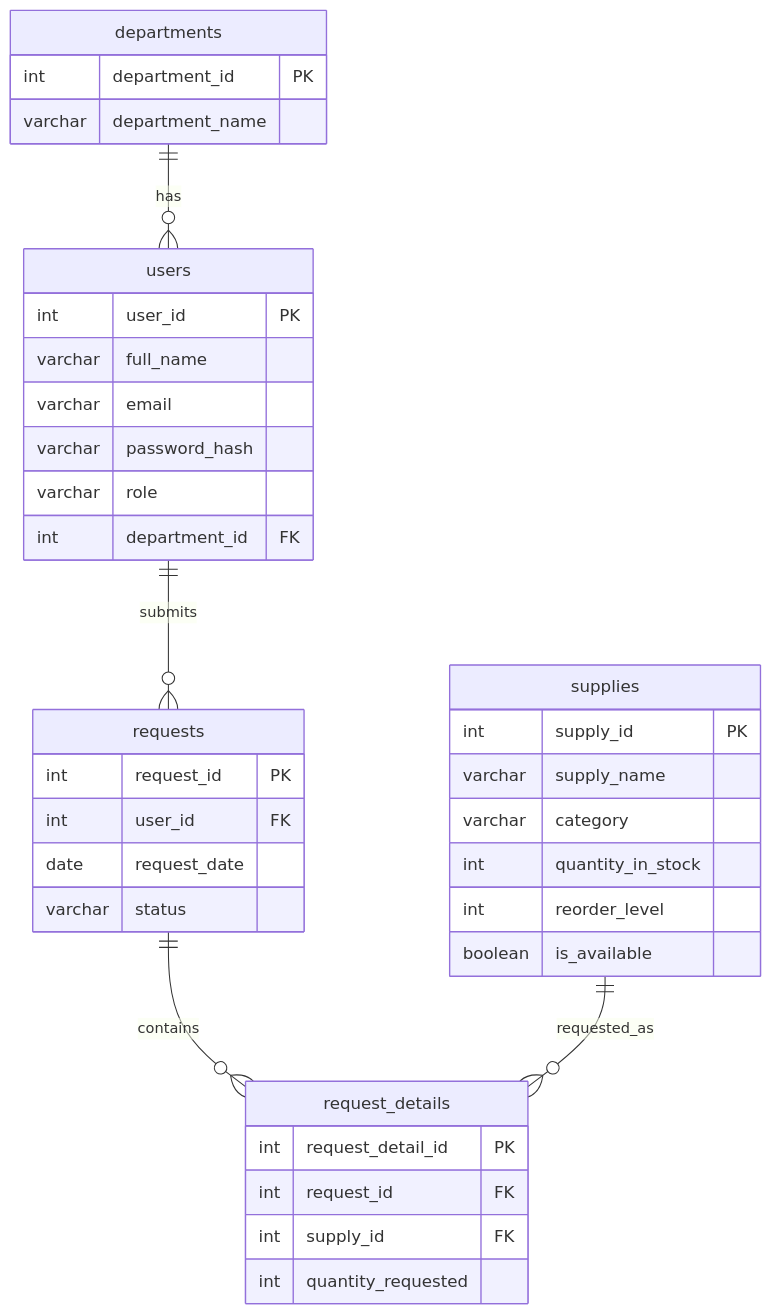
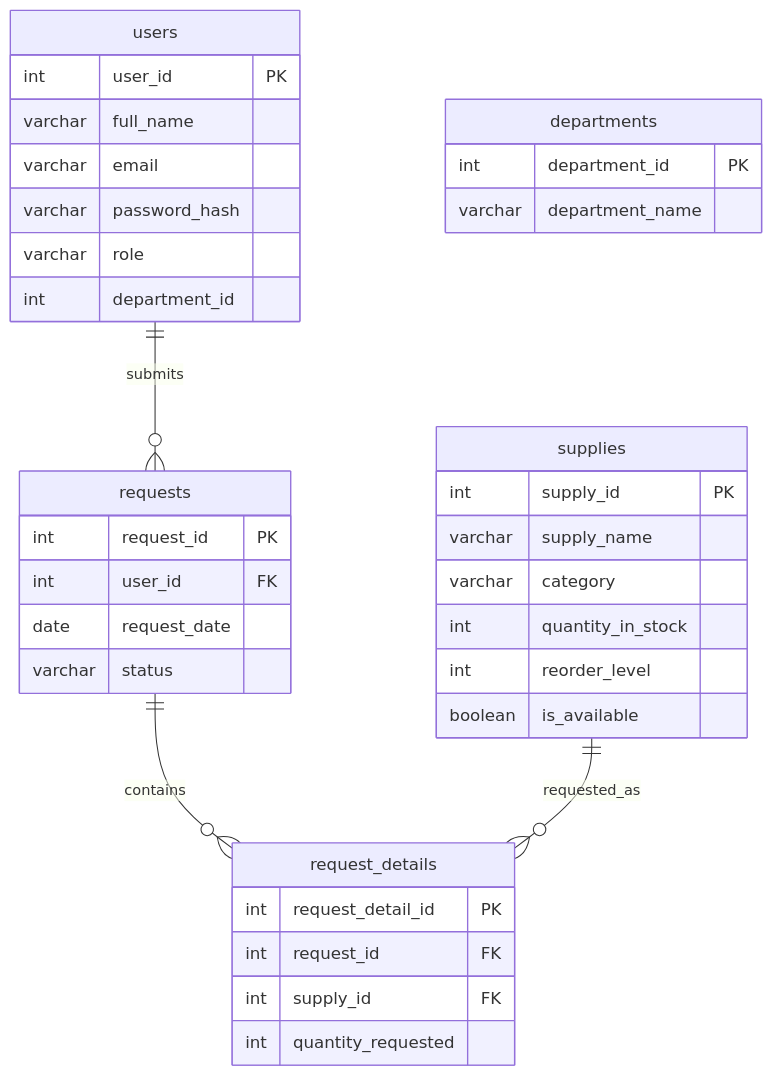
Before and after one commit to eros096/OfficeSync: the diagram in docs/DATABASE.md, drawn with Mermaid. The commit also changed other lines of this file and 25 other files, not shown here.

````diff
--- a/docs/DATABASE.md
+++ b/docs/DATABASE.md
@@ -90,40 +90,39 @@
 ```mermaid
 erDiagram
-    departments ||--o{ users : has
     users ||--o{ requests : submits
     requests ||--o{ request_details : contains
     supplies ||--o{ request_details : requested_as
 
     departments {
         int department_id PK
         varchar department_name
     }
     users {
         int user_id PK
         varchar full_name
         varchar email
         varchar password_hash
         varchar role
-        int department_id FK
+        int department_id
     }
     supplies {
         int supply_id PK
         varchar supply_name
         varchar category
         int quantity_in_stock
         int reorder_level
         boolean is_available
     }
     requests {
         int request_id PK
         int user_id FK
         date request_date
         varchar status
     }
     request_details {
         int request_detail_id PK
         int request_id FK
         int supply_id FK
         int quantity_requested
     }
 ```
````
